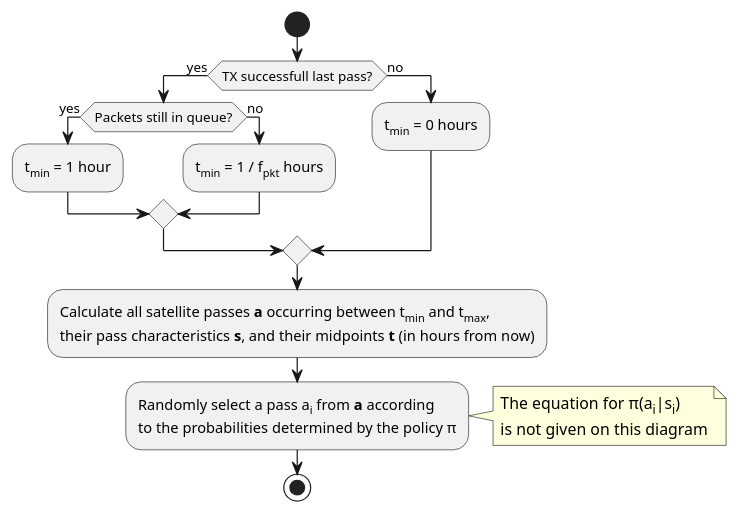
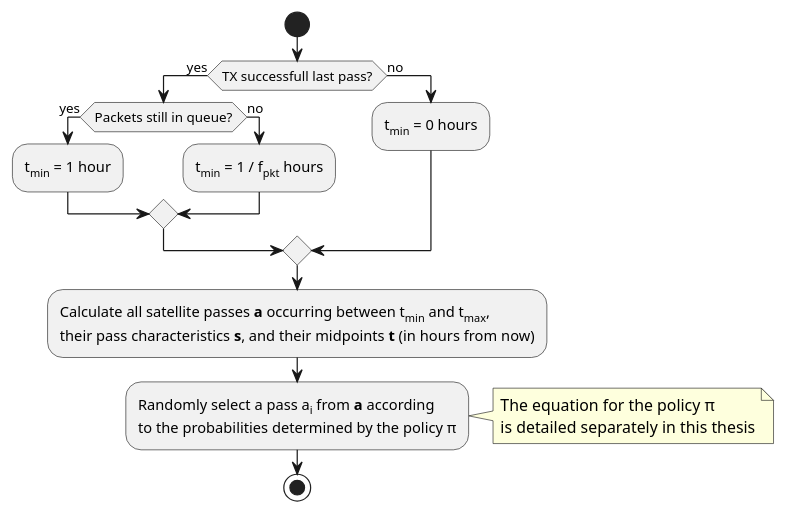
One commit to garrettkinman/MSc-Thesis-Diagrams changed the diagram in passSelection.wsd. Above: the diagram before and after it, drawn with PlantUML. The commit also changed 1 other file, not shown here.

Commit message:
updated text on diagram

```diff
--- a/passSelection.wsd
+++ b/passSelection.wsd
@@ -1,28 +1,28 @@
 @startuml
 
 
 
 start
 
 if (TX successfull last pass?) then (yes)
     if (Packets still in queue?) then (yes)
         :t<sub>min</sub> = 1 hour;
         
     else (no)
         :t<sub>min</sub> = 1 / f<sub>pkt</sub> hours;
         
     endif
 else (no)
     :t<sub>min</sub> = 0 hours;
 endif
 :Calculate all satellite passes **a** occurring between t<sub>min</sub> and t<sub>max</sub>,
 their pass characteristics **s**, and their midpoints **t** (in hours from now);
 :Randomly select a pass a<sub>i</sub> from **a** according
 to the probabilities determined by the policy π;
-note right: The equation for π(a<sub>i</sub>|s<sub>i</sub>)\nis not given on this diagram
+note right: The equation for the policy π\nis detailed separately in this thesis
 
 stop
 
 
 
 @enduml
```
